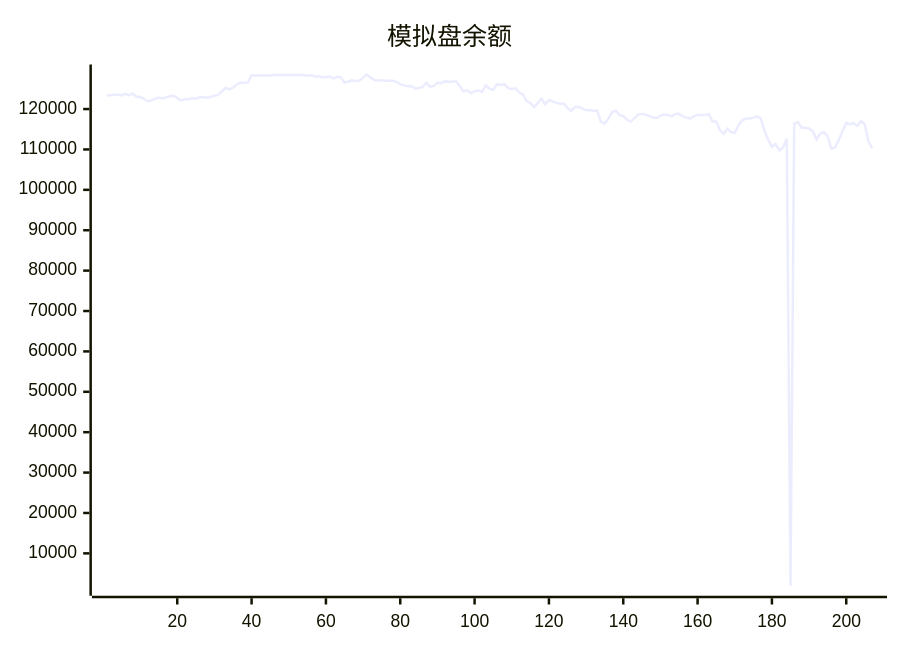
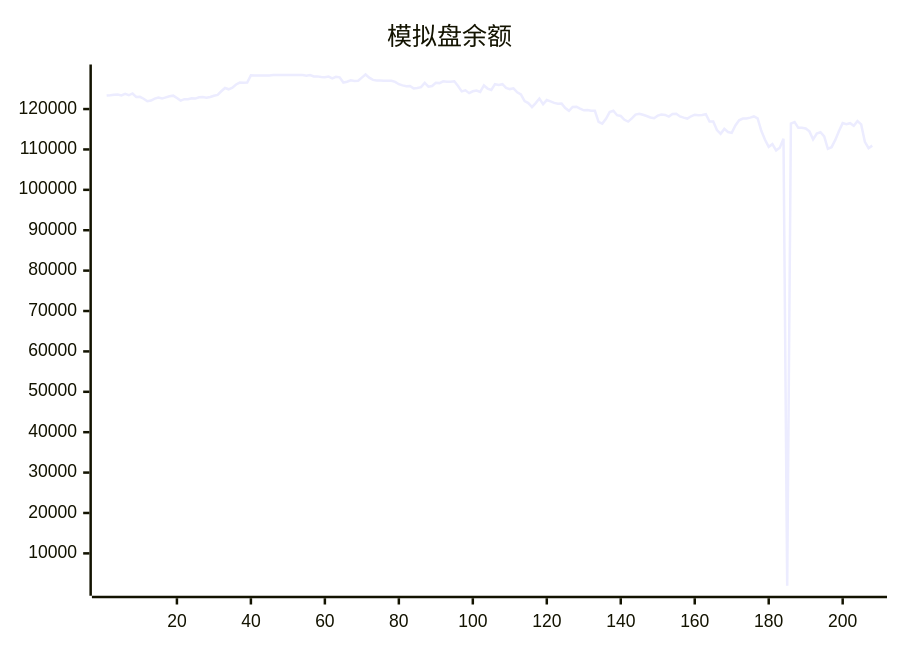
One commit to aahl/ai-trading changed the diagram in README.md. Above: the diagram before and after it, drawn with Mermaid. The commit also changed other lines of this file and 1 other file, not shown here.

````diff
--- a/README.md
+++ b/README.md
@@ -5,5 +5,5 @@
 ```mermaid
 xychart
     title "模拟盘余额"
-    line [123338,123402,123530,123592,123378,123745,123413,123853,123009,123040,122557,121938,122095,122599,122856,122597,122898,123160,123319,122719,122087,122454,122416,122685,122592,122907,122961,122776,122981,123295,123507,124403,125224,124894,125303,126088,126544,126534,126549,128335,128318,128318,128318,128318,128318,128424,128424,128424,128424,128424,128424,128424,128424,128424,128247,128412,128062,128087,127917,127901,128026,127611,128000,127850,126572,126770,127100,126971,127029,127783,128554,127765,127224,127064,127044,127009,127025,127004,126738,126152,125871,125635,125707,125117,125217,125420,126480,125545,125715,126511,126424,126856,126764,126788,126890,125710,124381,124632,123936,124402,124574,124256,125833,125070,124739,126154,125966,126145,125213,124943,125143,124157,123604,121959,121476,120476,121470,122610,121201,122221,121889,121522,121332,121344,120232,119559,120513,120577,120108,119680,119777,119572,119568,116839,116392,117573,119250,119585,118469,118277,117338,116897,117706,118628,118849,118579,118280,117926,117735,118373,118639,118544,118136,118798,118819,118162,117874,117649,118215,118601,118463,118517,118713,116911,116899,114798,113887,115084,114313,114091,115934,117221,117658,117658,117883,118164,117693,114632,112403,110644,111313,109777,110444,112673,1984,116419,116772,115355,115355,115198,114476,112510,113954,114276,113223,110151,110561,112361,114562,116522,116265,116500,115845,117000,116199,111887,110306]
+    line [123338,123402,123530,123592,123378,123745,123413,123853,123009,123040,122557,121938,122095,122599,122856,122597,122898,123160,123319,122719,122087,122454,122416,122685,122592,122907,122961,122776,122981,123295,123507,124403,125224,124894,125303,126088,126544,126534,126549,128335,128318,128318,128318,128318,128318,128424,128424,128424,128424,128424,128424,128424,128424,128424,128247,128412,128062,128087,127917,127901,128026,127611,128000,127850,126572,126770,127100,126971,127029,127783,128554,127765,127224,127064,127044,127009,127025,127004,126738,126152,125871,125635,125707,125117,125217,125420,126480,125545,125715,126511,126424,126856,126764,126788,126890,125710,124381,124632,123936,124402,124574,124256,125833,125070,124739,126154,125966,126145,125213,124943,125143,124157,123604,121959,121476,120476,121470,122610,121201,122221,121889,121522,121332,121344,120232,119559,120513,120577,120108,119680,119777,119572,119568,116839,116392,117573,119250,119585,118469,118277,117338,116897,117706,118628,118849,118579,118280,117926,117735,118373,118639,118544,118136,118798,118819,118162,117874,117649,118215,118601,118463,118517,118713,116911,116899,114798,113887,115084,114313,114091,115934,117221,117658,117658,117883,118164,117693,114632,112403,110644,111313,109777,110444,112673,1984,116419,116772,115355,115355,115198,114476,112510,113954,114276,113223,110151,110561,112361,114562,116522,116265,116500,115845,117000,116199,111887,110306,110942]
 ```
````
